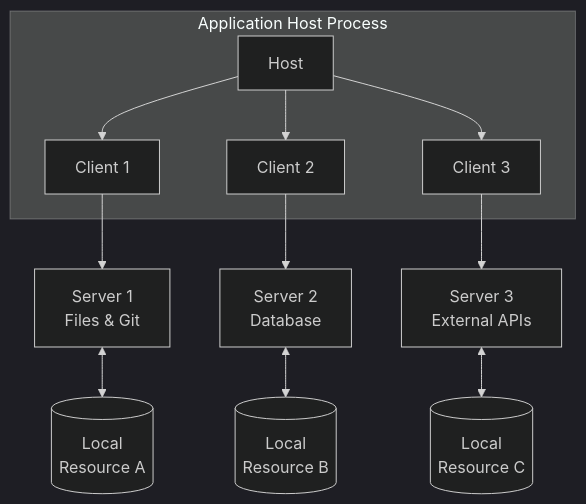
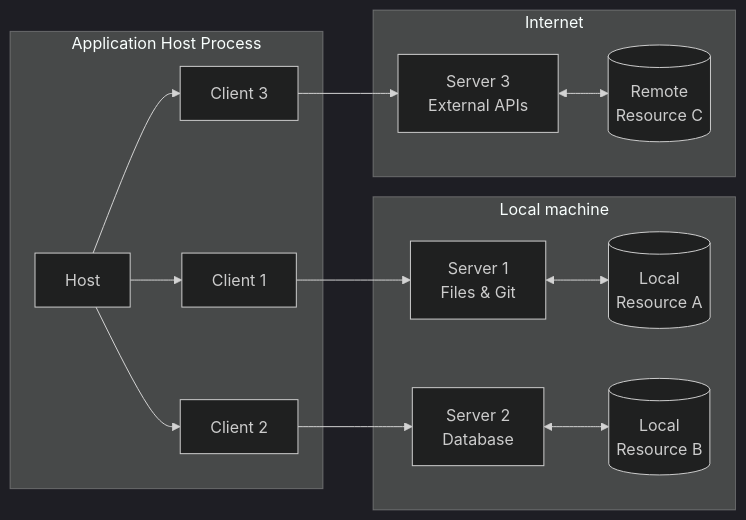
The first of 2 diagrams in docs/specification/architecture/_index.md (zcstarr/modelcontextprotocol), drawn with Mermaid (dark theme) before and after one commit. The commit also changed other lines of this file, not shown here.

Commit message:
Update architecture page

````diff
--- a/docs/specification/architecture/_index.md
+++ b/docs/specification/architecture/_index.md
@@ -12,27 +12,32 @@
 ```mermaid
-graph TB
+graph LR
     subgraph "Application Host Process"
         H[Host]
         C1[Client 1]
         C2[Client 2]
         C3[Client 3]
         H --> C1
         H --> C2
         H --> C3
     end
-    S1[Server 1<br>Files & Git]
-    S2[Server 2<br>Database]
-    S3[Server 3<br>External APIs]
 
-    R1[("Local<br>Resource A")]
-    R2[("Local<br>Resource B")]
-    R3[("Local<br>Resource C")]
+    subgraph "Local machine"
+        S1[Server 1<br>Files & Git]
+        S2[Server 2<br>Database]
+        R1[("Local<br>Resource A")]
+        R2[("Local<br>Resource B")]
 
-    C1 --> S1
-    C2 --> S2
-    C3 --> S3
+        C1 --> S1
+        C2 --> S2
+        S1 <--> R1
+        S2 <--> R2
+    end
 
-    S1 <--> R1
-    S2 <--> R2
-    S3 <--> R3
+    subgraph "Internet"
+        S3[Server 3<br>External APIs]
+        R3[("Remote<br>Resource C")]
+
+        C3 --> S3
+        S3 <--> R3
+    end
 ```
````
